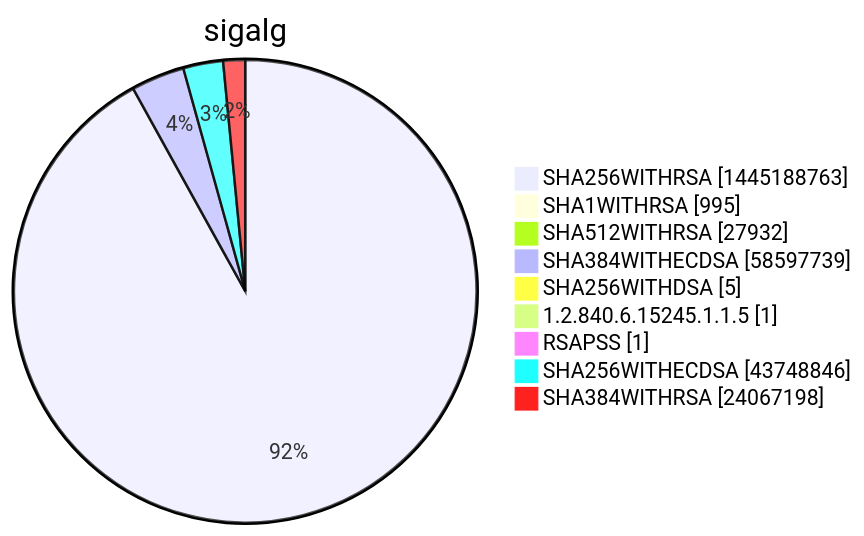
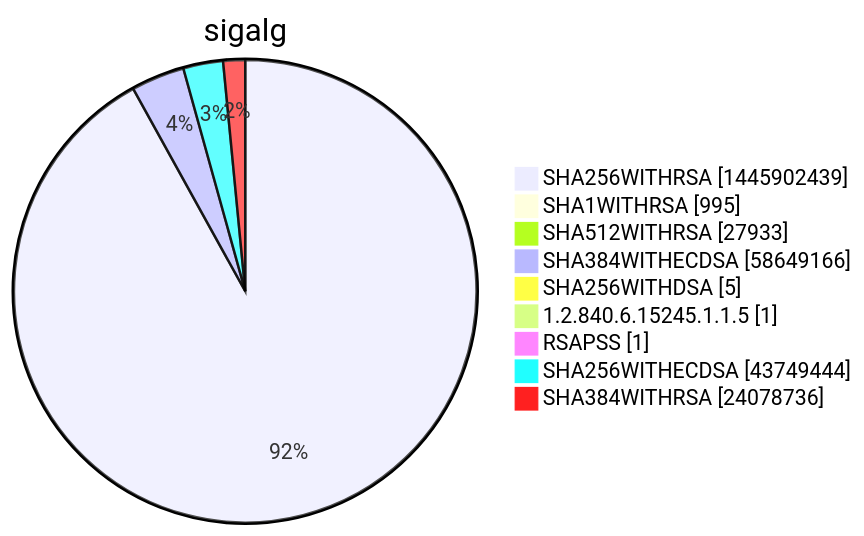
One commit to christiankrug/ctmonitor_visualization changed diagram 15 of 15 in xenon2022/README.md. Above: the diagram before and after it, drawn with Mermaid. The commit also changed other lines of this file, not shown here.

````diff
--- a/xenon2022/README.md
+++ b/xenon2022/README.md
@@ -5861,13 +5861,13 @@
 ```mermaid
 pie showData
 title sigalg
-"SHA256WITHRSA" :1445188763
+"SHA256WITHRSA" :1445902439
 "SHA1WITHRSA" :995
-"SHA512WITHRSA" :27932
-"SHA384WITHECDSA" :58597739
+"SHA512WITHRSA" :27933
+"SHA384WITHECDSA" :58649166
 "SHA256WITHDSA" :5
 "1.2.840.6.15245.1.1.5" :1
 "RSAPSS" :1
-"SHA256WITHECDSA" :43748846
-"SHA384WITHRSA" :24067198
+"SHA256WITHECDSA" :43749444
+"SHA384WITHRSA" :24078736
 ```
````
